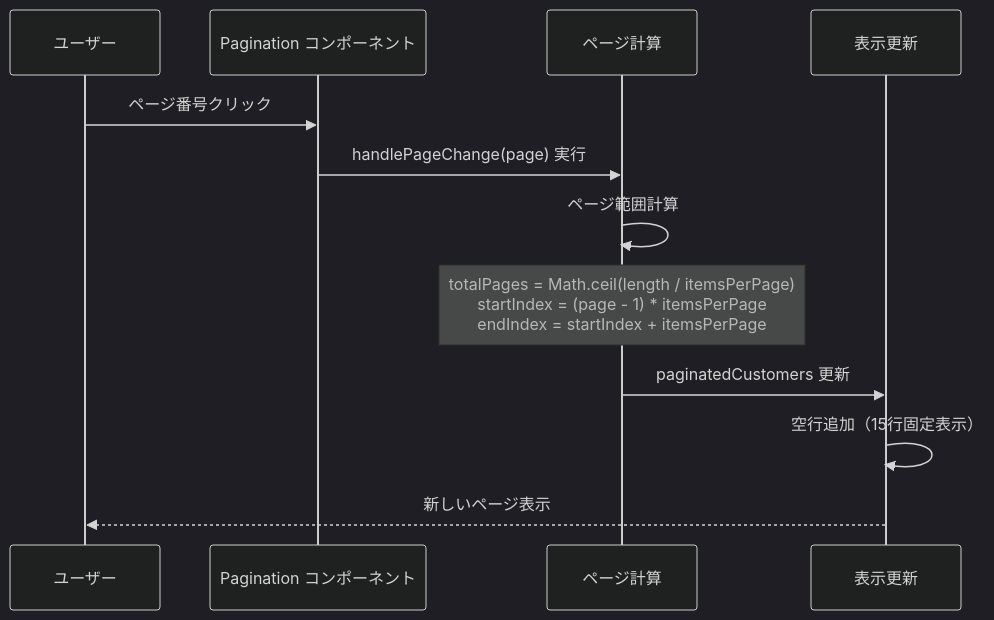
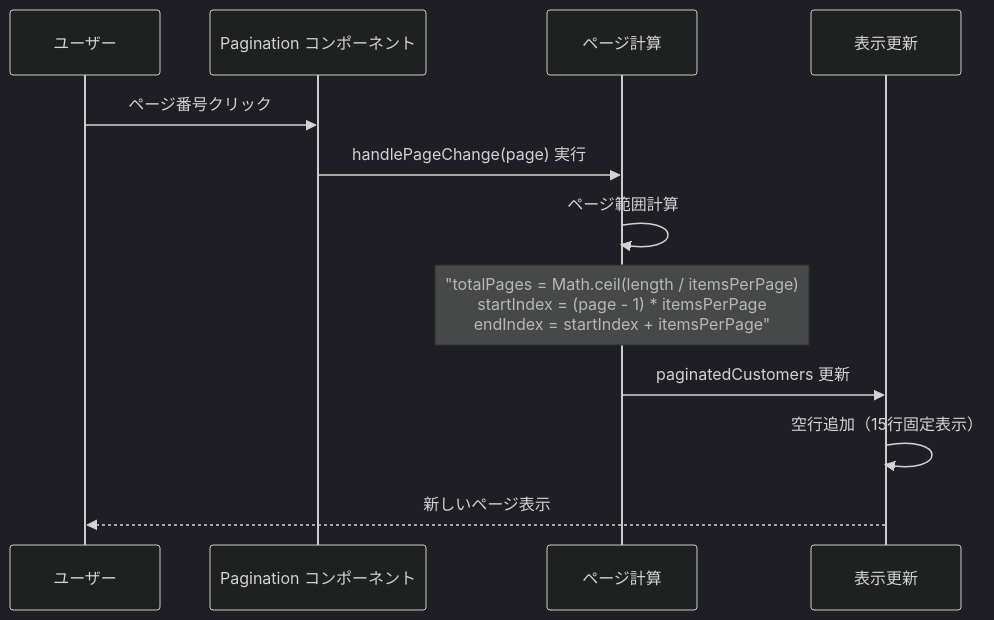
One commit to wasabi49/ocs-systemDevelopmentExercises changed the third of 11 diagrams in document/components/sequence/CustomerListClient.md. Above: the diagram before and after it, drawn with Mermaid (dark theme). The commit also changed other lines of this file and 42 other files, not shown here.

First line of the commit message:
fix: mermaidシーケンス図のNote over文でダブルクォーテーション不足を修正

````diff
--- a/document/components/sequence/CustomerListClient.md
+++ b/document/components/sequence/CustomerListClient.md
@@ -48,17 +48,17 @@
 ```mermaid
 sequenceDiagram
     participant User as ユーザー
     participant Pagination as Pagination コンポーネント
     participant Calculation as ページ計算
     participant Display as 表示更新
 
     User->>Pagination: ページ番号クリック
     Pagination->>Calculation: handlePageChange(page) 実行
     
     Calculation->>Calculation: ページ範囲計算
-    Note over Calculation: totalPages = Math.ceil(length / itemsPerPage)<br/>startIndex = (page - 1) * itemsPerPage<br/>endIndex = startIndex + itemsPerPage
+    Note over Calculation: "totalPages = Math.ceil(length / itemsPerPage)<br/>startIndex = (page - 1) * itemsPerPage<br/>endIndex = startIndex + itemsPerPage"
     
     Calculation->>Display: paginatedCustomers 更新
     Display->>Display: 空行追加（15行固定表示）
     Display-->>User: 新しいページ表示
 ```
````
